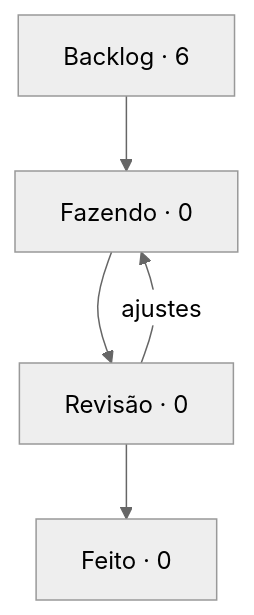
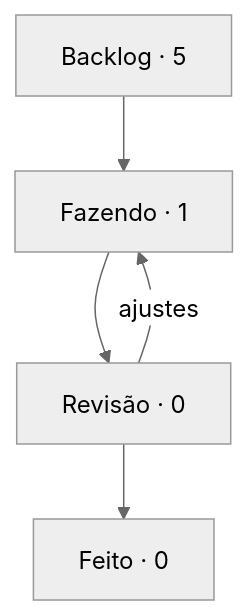
One commit to StudioVibi/VibiKanban changed the diagram in boards/geral/BOARD.md. Above: the diagram before and after it, drawn with Mermaid (neutral theme). The commit also changed other lines of this file and 1 other file, not shown here.

Commit message:
board: GE-1 Backlog → Fazendo (@isabellaherman)

````diff
--- a/boards/geral/BOARD.md
+++ b/boards/geral/BOARD.md
@@ -5,10 +5,10 @@
 ```mermaid
 flowchart TD
-  backlog["Backlog · 6"] --> doing["Fazendo · 0"]
+  backlog["Backlog · 5"] --> doing["Fazendo · 1"]
   doing --> review["Revisão · 0"]
   review --> done["Feito · 0"]
   review -->|ajustes| doing
   doing:::blue
   review:::yellow
   done:::green
 ```
````
